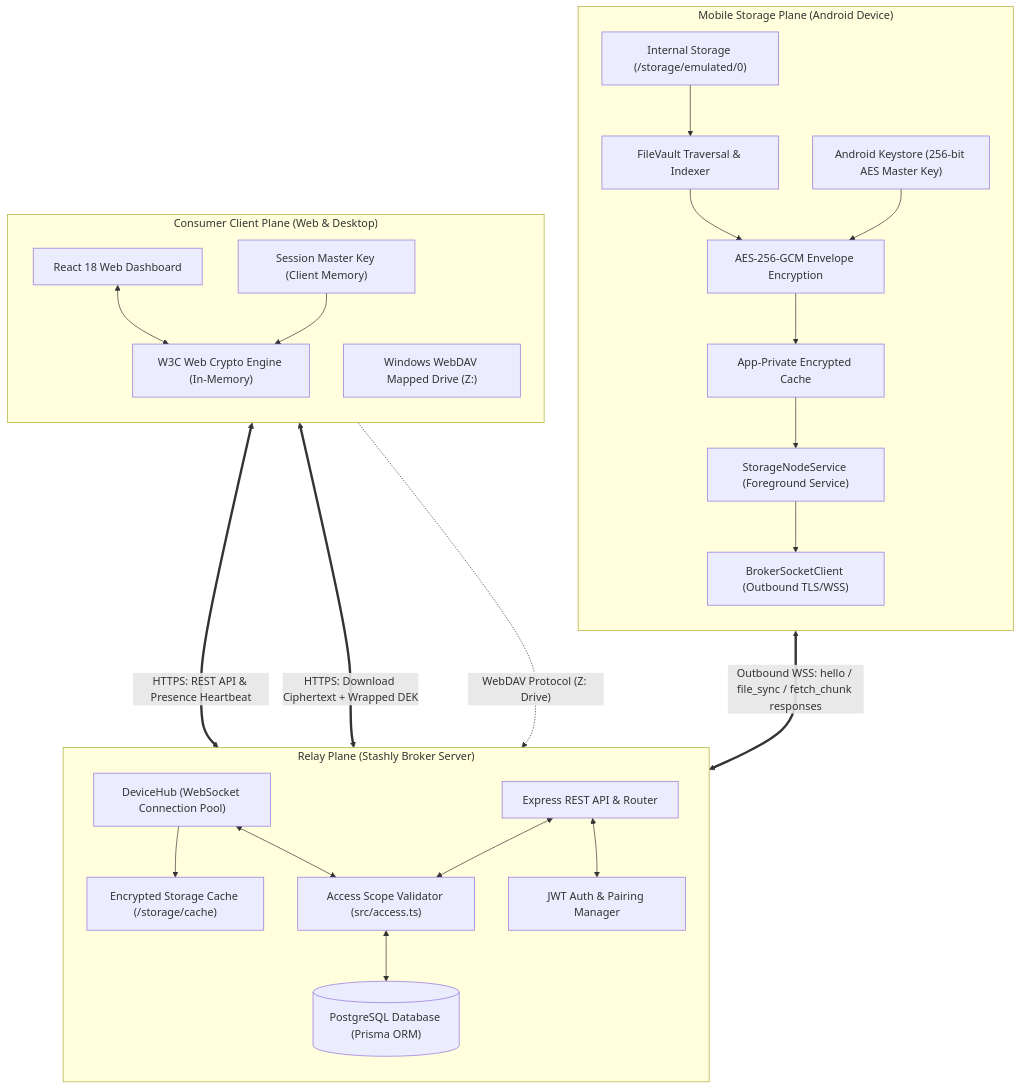
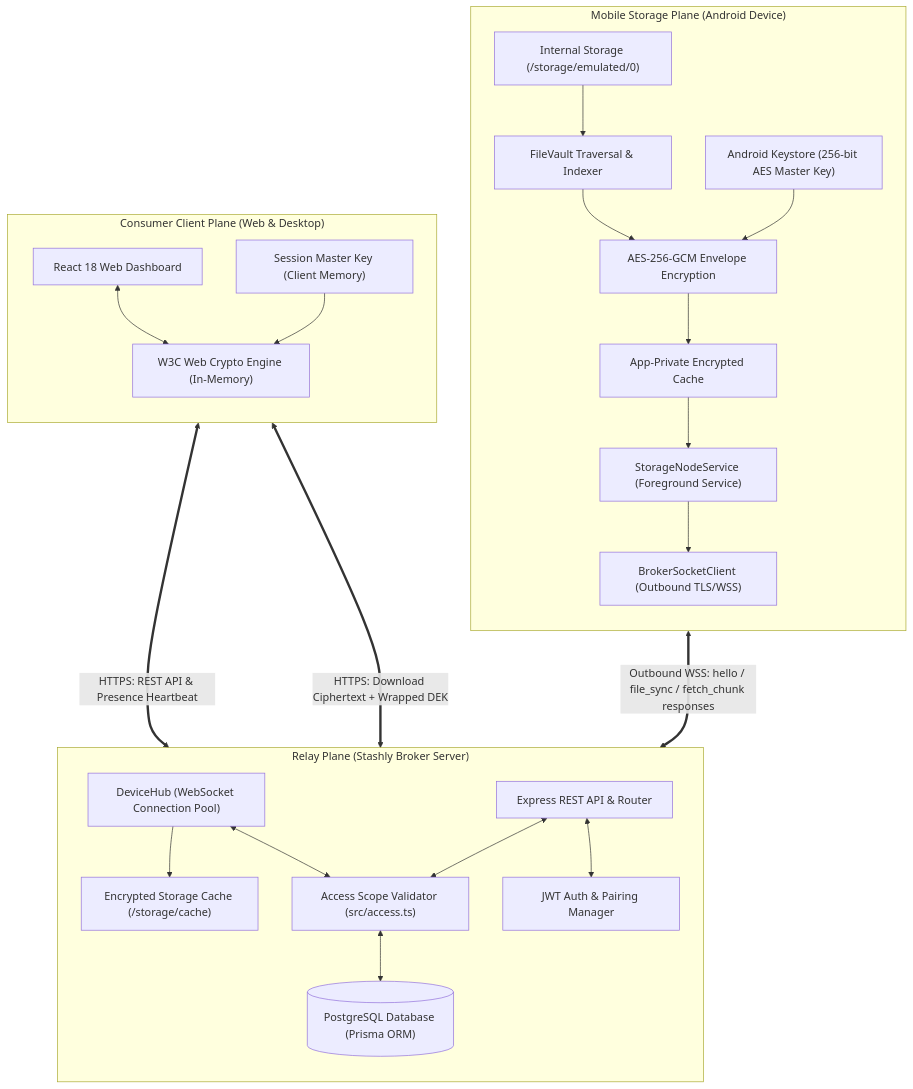
One commit to vedant-kawale-27/Stashly changed the first of 2 diagrams in README.md. Above: the diagram before and after it, drawn with Mermaid. The commit also changed other lines of this file and 3 other files, not shown here.

Commit message:
fix: remove unavailable Windows drive workflow

````diff
--- a/README.md
+++ b/README.md
@@ -13,53 +13,51 @@
 ```mermaid
 graph TB
     subgraph "Mobile Storage Plane (Android Device)"
         direction TB
         PhoneStorage["Internal Storage (/storage/emulated/0)"]
         FileVault["FileVault Traversal & Indexer"]
         Keystore["Android Keystore (256-bit AES Master Key)"]
         LocalCache["App-Private Encrypted Cache"]
         CryptoEngine["AES-256-GCM Envelope Encryption"]
         Service["StorageNodeService (Foreground Service)"]
         PhoneWS["BrokerSocketClient (Outbound TLS/WSS)"]
 
         PhoneStorage --> FileVault
         FileVault --> CryptoEngine
         Keystore --> CryptoEngine
         CryptoEngine --> LocalCache
         LocalCache --> Service
         Service --> PhoneWS
     end
 
     subgraph "Relay Plane (Stashly Broker Server)"
         direction TB
         WSServer["DeviceHub (WebSocket Connection Pool)"]
         RESTServer["Express REST API & Router"]
         AuthModule["JWT Auth & Pairing Manager"]
         AccessEngine["Access Scope Validator (src/access.ts)"]
         PostgresDB[("PostgreSQL Database (Prisma ORM)")]
         DiskCache["Encrypted Storage Cache (/storage/cache)"]
 
         WSServer <--> AccessEngine
         RESTServer <--> AuthModule
         RESTServer <--> AccessEngine
         AccessEngine <--> PostgresDB
         WSServer --> DiskCache
     end
 
     subgraph "Consumer Client Plane (Web & Desktop)"
         direction TB
         WebUI["React 18 Web Dashboard"]
         WebCrypto["W3C Web Crypto Engine (In-Memory)"]
         BrowserSession["Session Master Key (Client Memory)"]
-        WinDrive["Windows WebDAV Mapped Drive (Z:)"]
 
         WebUI <--> WebCrypto
         BrowserSession --> WebCrypto
     end
 
     %% Network Connections
     PhoneWS <===>|"Outbound WSS: hello / file_sync / fetch_chunk responses"| WSServer
     WebUI <===>|"HTTPS: REST API & Presence Heartbeat"| RESTServer
     WebUI <===>|"HTTPS: Download Ciphertext + Wrapped DEK"| RESTServer
-    WinDrive -.->|"WebDAV Protocol (Z: Drive)"| RESTServer
 ```
````
